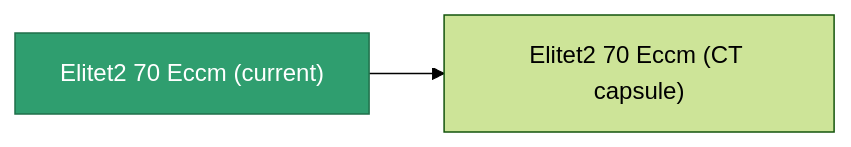
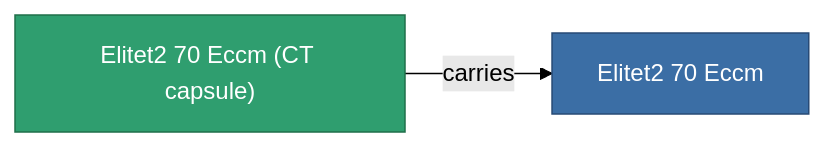
The diagram in content/content/items/elitet2_70_eccm.md (OpenPerpetuum/Wiki), drawn with Mermaid (forest theme) before and after one commit. The commit also changed other lines of this file and 2015 other files, not shown here.

````diff
--- a/content/content/items/elitet2_70_eccm.md
+++ b/content/content/items/elitet2_70_eccm.md
@@ -37,8 +37,9 @@
 ```mermaid
 graph LR
-    a["Elitet2 70 Eccm (current)"]:::current
-    b["Elitet2 70 Eccm (CT capsule)"]
-    a --> b
-    click b "/content/items/elitet2-70-eccm-ct-capsule/" "Elitet2 70 Eccm (CT capsule)"
+    a["Elitet2 70 Eccm (CT capsule)"]:::current
+    b["Elitet2 70 Eccm"]:::finished
+    a -->|carries| b
+                click b "/content/items/elitet2-70-eccm/" "Elitet2 70 Eccm"
     classDef current fill:#2f9e6f,stroke:#1f6f4a,color:#ffffff
+    classDef finished fill:#3b6ea5,stroke:#274a75,color:#ffffff
 ```
````
